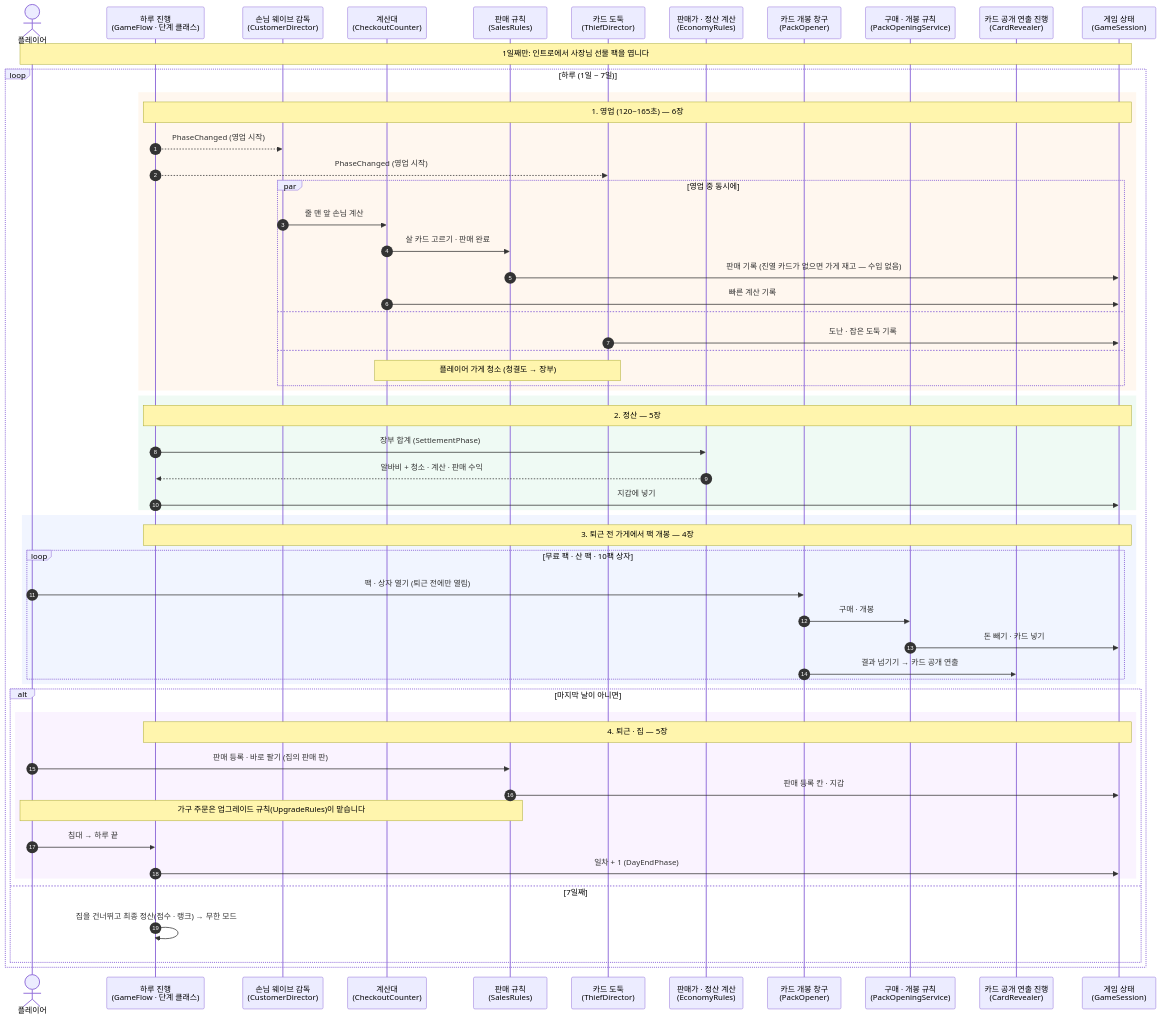
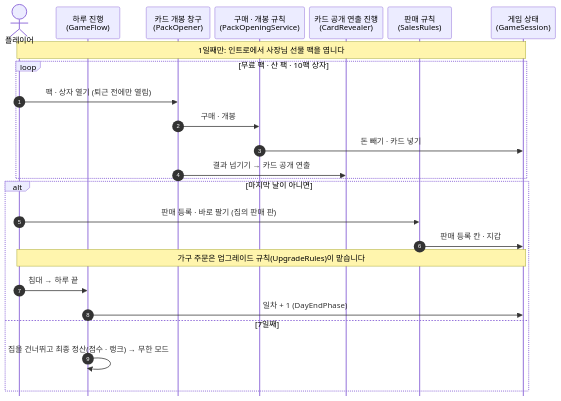
One commit to pinkshield/portfolio changed the third of 5 diagrams in src/6-slime-cardshop-vr/기술문서.md. Above: the diagram before and after it, drawn with Mermaid. The commit also changed other lines of this file, not shown here.

Commit message:
슬라임 카드샵 VR 3-1: 하루 흐름 시퀀스를 두 장(① 영업 · 정산 · ② 퇴근 전 개봉 · 집)으로 나눔(글자 약 5.4px → 10.6px) · 위 문단에 두 그림 설명 · 예전 시퀀스와 문장은 숨김 주석

````diff
--- a/src/6-slime-cardshop-vr/기술문서.md
+++ b/src/6-slime-cardshop-vr/기술문서.md
@@ -172,61 +206,28 @@
 ```mermaid
+%%{init: {"sequence": {"mirrorActors": false, "actorMargin": 10, "messageMargin": 22, "boxMargin": 6, "noteMargin": 6, "wrap": false, "width": 130}}}%%
 sequenceDiagram
     autonumber
     actor P as 플레이어
-    participant F as 하루 진행<br/>(GameFlow · 단계 클래스)
-    participant CD as 손님 웨이브 감독<br/>(CustomerDirector)
-    participant CC as 계산대<br/>(CheckoutCounter)
-    participant SR as 판매 규칙<br/>(SalesRules)
-    participant TD as 카드 도둑<br/>(ThiefDirector)
-    participant ER as 판매가 · 정산 계산<br/>(EconomyRules)
+    participant F as 하루 진행<br/>(GameFlow)
     participant PO as 카드 개봉 창구<br/>(PackOpener)
     participant PS as 구매 · 개봉 규칙<br/>(PackOpeningService)
     participant CR as 카드 공개 연출 진행<br/>(CardRevealer)
+    participant SR as 판매 규칙<br/>(SalesRules)
     participant GS as 게임 상태<br/>(GameSession)
-
     Note over P, GS: 1일째만: 인트로에서 사장님 선물 팩을 엽니다
-    loop 하루 (1일 ~ 7일)
-        rect rgba(255, 180, 100, 0.1)
-            Note over F, GS: 1. 영업 (120~165초) — 6장
-            F-->>CD: PhaseChanged (영업 시작)
-            F-->>TD: PhaseChanged (영업 시작)
-            par 영업 중 동시에
-                CD->>CC: 줄 맨 앞 손님 계산
-                CC->>SR: 살 카드 고르기 · 판매 완료
-                SR->>GS: 판매 기록 (진열 카드가 없으면 가게 재고 — 수입 없음)
-                CC->>GS: 빠른 계산 기록
-            and
-                TD->>GS: 도난 · 잡은 도둑 기록
-            and
-                Note over CC, TD: 플레이어 가게 청소 (청결도 → 장부)
-            end
-        end
-        rect rgba(100, 200, 150, 0.1)
-            Note over F, GS: 2. 정산 — 5장
-            F->>ER: 장부 합계 (SettlementPhase)
-            ER-->>F: 알바비 + 청소 · 계산 · 판매 수익
-            F->>GS: 지갑에 넣기
-        end
-        rect rgba(120, 160, 255, 0.1)
-            Note over F, GS: 3. 퇴근 전 가게에서 팩 개봉 — 4장
-            loop 무료 팩 · 산 팩 · 10팩 상자
-                P->>PO: 팩 · 상자 열기 (퇴근 전에만 열림)
-                PO->>PS: 구매 · 개봉
-                PS->>GS: 돈 빼기 · 카드 넣기
-                PO->>CR: 결과 넘기기 → 카드 공개 연출
-            end
-        end
-        alt 마지막 날이 아니면
-            rect rgba(200, 140, 255, 0.1)
-                Note over F, GS: 4. 퇴근 · 집 — 5장
-                P->>SR: 판매 등록 · 바로 팔기 (집의 판매 판)
-                SR->>GS: 판매 등록 칸 · 지갑
-                Note over P, SR: 가구 주문은 업그레이드 규칙(UpgradeRules)이 맡습니다
-                P->>F: 침대 → 하루 끝
-                F->>GS: 일차 + 1 (DayEndPhase)
-            end
-        else 7일째
-            F->>F: 집을 건너뛰고 최종 정산(점수 · 랭크) → 무한 모드
-        end
+    loop 무료 팩 · 산 팩 · 10팩 상자
+        P->>PO: 팩 · 상자 열기 (퇴근 전에만 열림)
+        PO->>PS: 구매 · 개봉
+        PS->>GS: 돈 빼기 · 카드 넣기
+        PO->>CR: 결과 넘기기 → 카드 공개 연출
+    end
+    alt 마지막 날이 아니면
+        P->>SR: 판매 등록 · 바로 팔기 (집의 판매 판)
+        SR->>GS: 판매 등록 칸 · 지갑
+        Note over P, GS: 가구 주문은 업그레이드 규칙(UpgradeRules)이 맡습니다
+        P->>F: 침대 → 하루 끝
+        F->>GS: 일차 + 1 (DayEndPhase)
+    else 7일째
+        F->>F: 집을 건너뛰고 최종 정산(점수 · 랭크) → 무한 모드
     end
 ```
````
